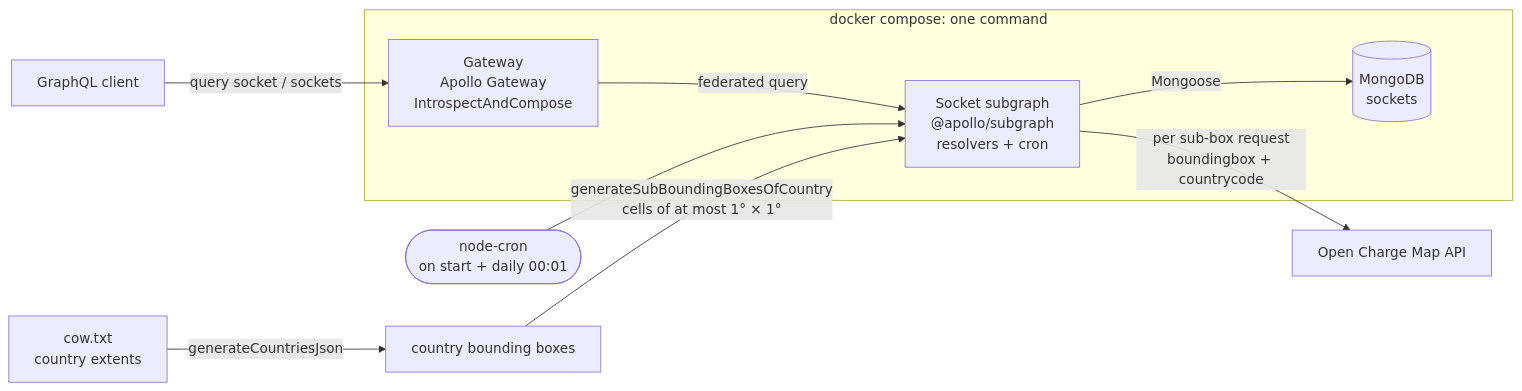
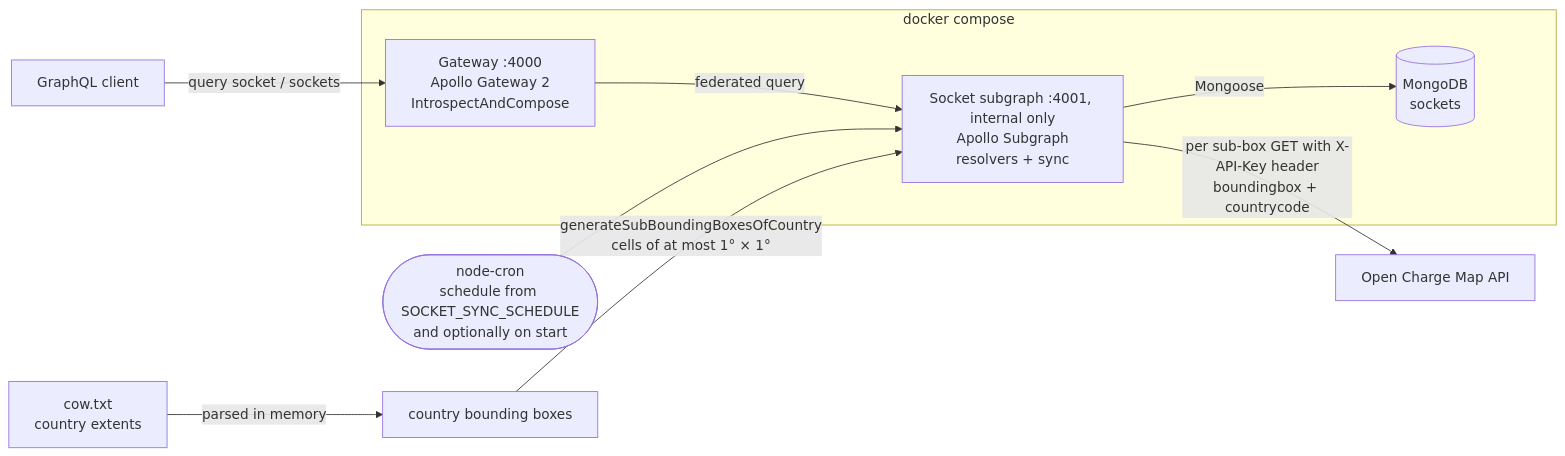
Before and after one commit to the-vishal-kumar/ev-charging-federated-graphql: the diagram in README.md, drawn with Mermaid. The commit also changed other lines of this file and 1 other file, not shown here.

Commit message:
docs: document the Docker-only workflow, configuration and trade-offs

````diff
--- a/README.md
+++ b/README.md
@@ -32,15 +97,15 @@
 ```mermaid
 flowchart LR
     client[GraphQL client] -->|query socket / sockets| gw
 
-    subgraph compose [docker compose: one command]
-        gw[Gateway<br/>Apollo Gateway<br/>IntrospectAndCompose] -->|federated query| sg
-        sg[Socket subgraph<br/>@apollo/subgraph<br/>resolvers + cron] -->|Mongoose| db[(MongoDB<br/>sockets)]
+    subgraph compose [docker compose]
+        gw[Gateway :4000<br/>Apollo Gateway 2<br/>IntrospectAndCompose] -->|federated query| sg
+        sg[Socket subgraph :4001, internal only<br/>Apollo Subgraph<br/>resolvers + sync] -->|Mongoose| db[(MongoDB<br/>sockets)]
     end
 
-    cron([node-cron<br/>on start + daily 00:01]) --> sg
-    sg -->|per sub-box request<br/>boundingbox + countrycode| ocm[Open Charge Map API]
+    cron([node-cron<br/>schedule from SOCKET_SYNC_SCHEDULE<br/>and optionally on start]) --> sg
+    sg -->|per sub-box GET with X-API-Key header<br/>boundingbox + countrycode| ocm[Open Charge Map API]
 
-    cow[cow.txt<br/>country extents] -->|generateCountriesJson| boxes[country bounding boxes]
+    cow[cow.txt<br/>country extents] -->|parsed in memory| boxes[country bounding boxes]
     boxes -->|generateSubBoundingBoxesOfCountry<br/>cells of at most 1° × 1°| sg
 ```
````
